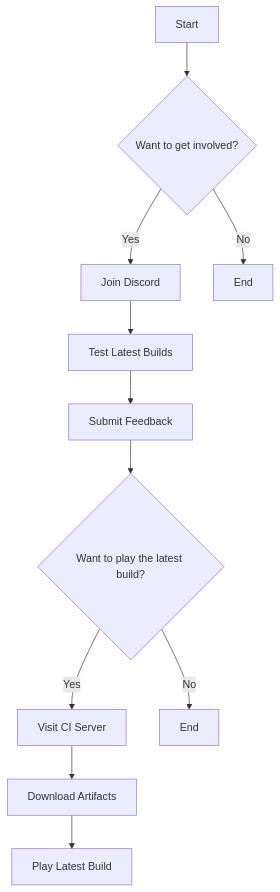
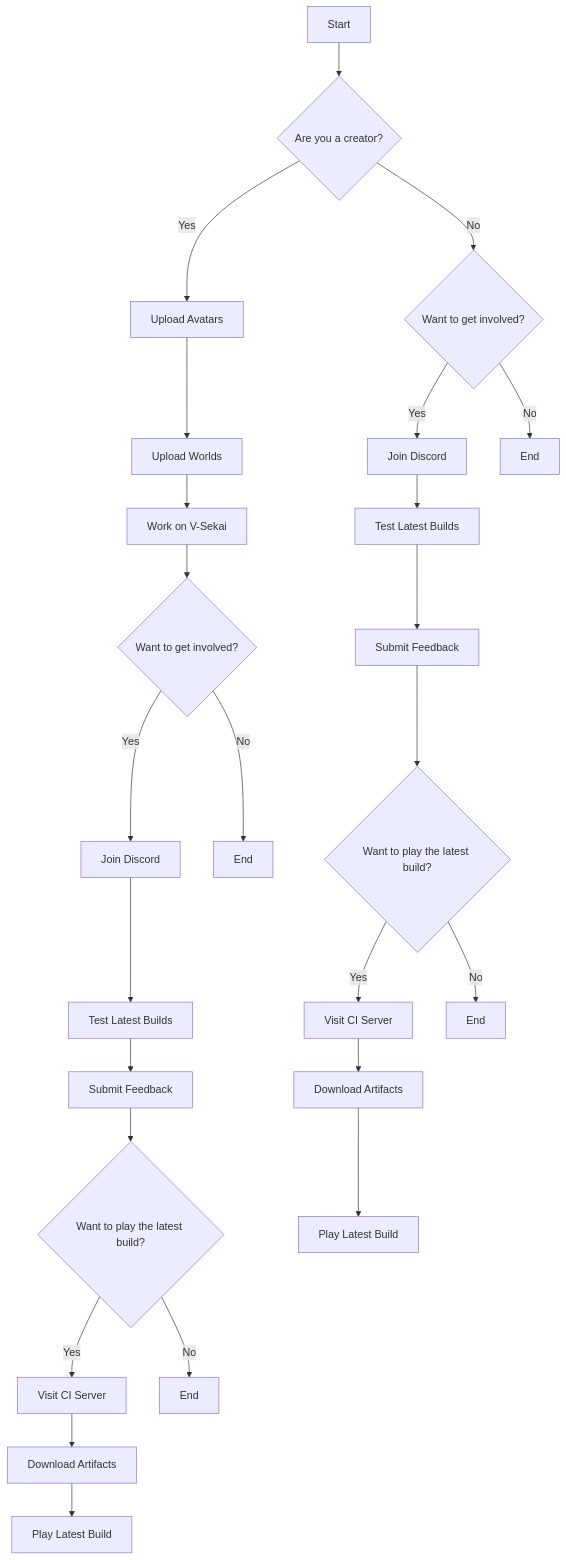
One commit to V-Sekai/.github changed the diagram in profile/README.md. Above: the diagram before and after it, drawn with Mermaid.

Commit message:
Update profile README.md with new flow for V-Sekai VR community

````diff
--- a/profile/README.md
+++ b/profile/README.md
@@ -10,13 +10,27 @@
 ```mermaid
 graph TD
-    A[Start] --> B{Want to get involved?}
-    B -->|Yes| C[Join Discord]
-    C --> D[Test Latest Builds]
-    D --> E[Submit Feedback]
-    E --> F{Want to play the latest build?}
-    F -->|Yes| G[Visit CI Server]
-    G --> H[Download Artifacts]
-    H --> I[Play Latest Build]
-    F -->|No| J[End]
-    B -->|No| K[End]
+    A[Start] --> B{Are you a creator?}
+    B -->|Yes| C[Upload Avatars]
+    C --> D[Upload Worlds]
+    D --> E[Work on V-Sekai]
+    E --> F{Want to get involved?}
+    F -->|Yes| G[Join Discord]
+    G --> H[Test Latest Builds]
+    H --> I[Submit Feedback]
+    I --> J{Want to play the latest build?}
+    J -->|Yes| K[Visit CI Server]
+    K --> L[Download Artifacts]
+    L --> M[Play Latest Build]
+    J -->|No| N[End]
+    F -->|No| O[End]
+    B -->|No| P{Want to get involved?}
+    P -->|Yes| Q[Join Discord]
+    Q --> R[Test Latest Builds]
+    R --> S[Submit Feedback]
+    S --> T{Want to play the latest build?}
+    T -->|Yes| U[Visit CI Server]
+    U --> V[Download Artifacts]
+    V --> W[Play Latest Build]
+    T -->|No| X[End]
+    P -->|No| Y[End]
 ```
````
